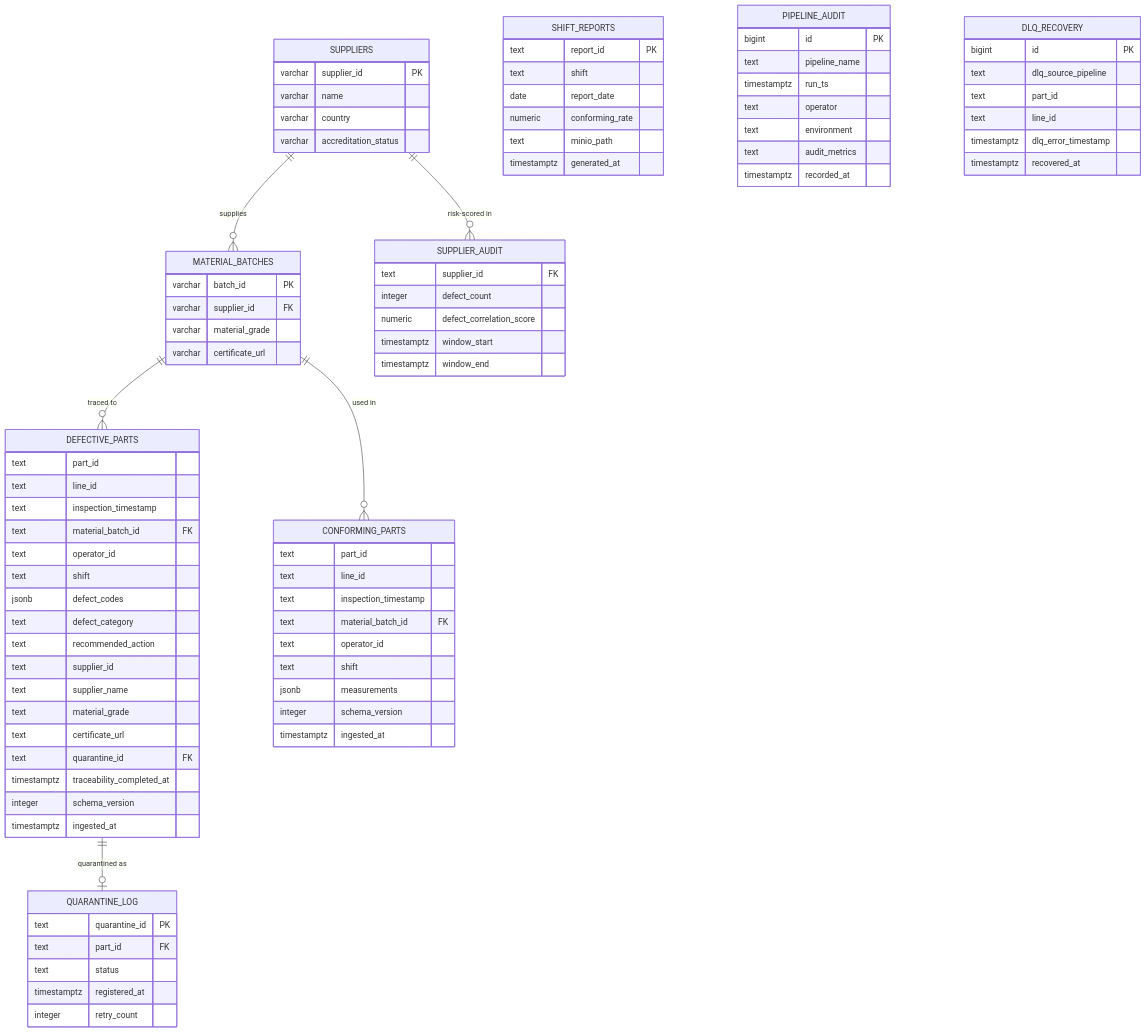
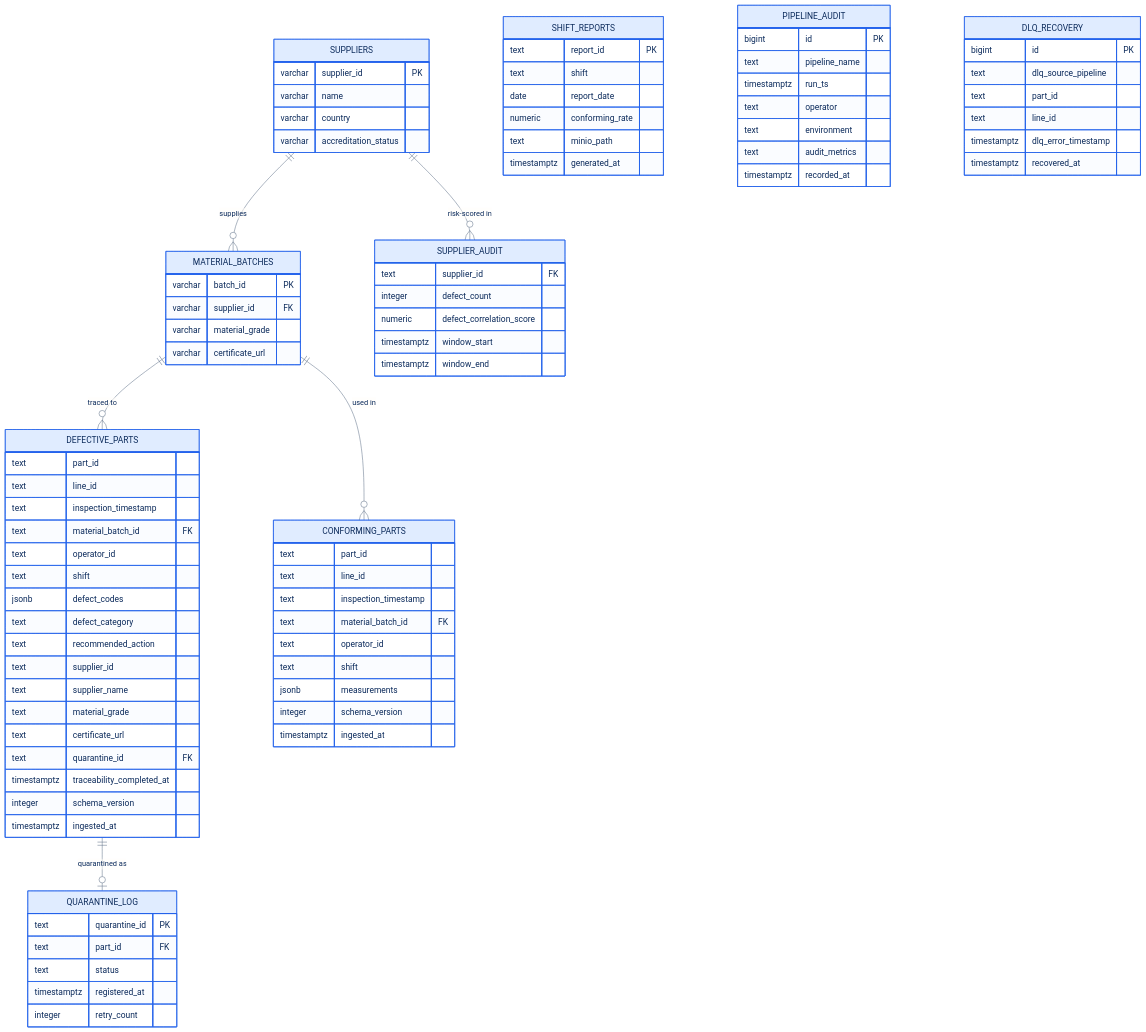
The diagram in diagrams/erd.md (eman-fj/quality-traceability-platform), drawn with Mermaid before and after one commit. The commit also changed other lines of this file and 16 other files, not shown here.

Commit message:
docs: rewrite documentation and add slide-ready architecture overview

````diff
--- a/diagrams/erd.md
+++ b/diagrams/erd.md
@@ -13,4 +12,5 @@
 ```mermaid
+%%{init: {"theme": "base", "themeVariables": {"fontFamily": "Segoe UI, Helvetica, Arial, sans-serif", "primaryColor": "#e0ecff", "primaryBorderColor": "#2563eb", "primaryTextColor": "#0b2a5b", "lineColor": "#64748b", "attributeBackgroundColorOdd": "#ffffff", "attributeBackgroundColorEven": "#f1f5f9"}}}%%
 erDiagram
     SUPPLIERS ||--o{ MATERIAL_BATCHES : supplies
     MATERIAL_BATCHES ||--o{ DEFECTIVE_PARTS : "traced to"
````
